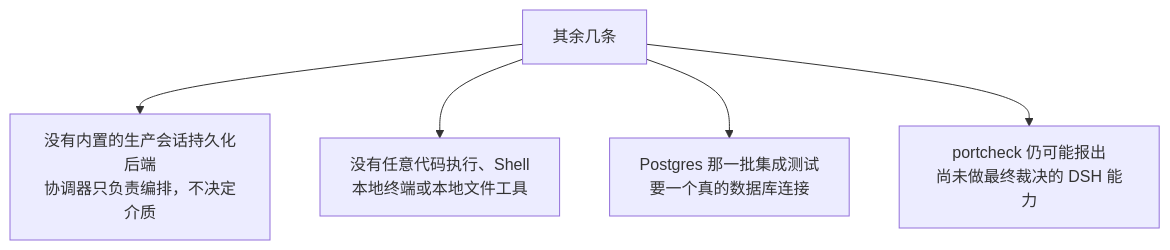
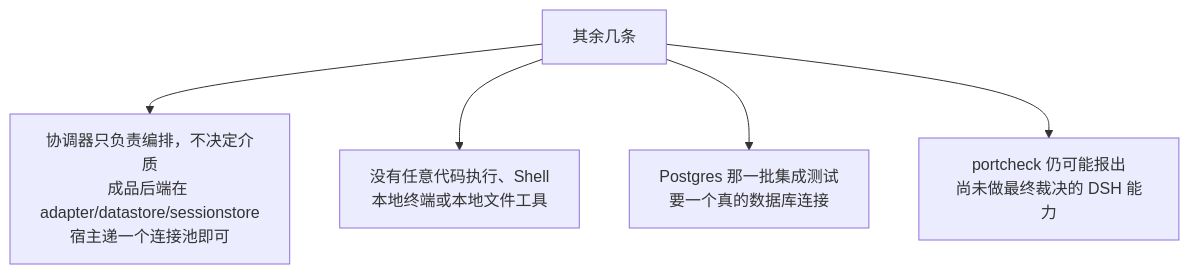
Before and after one commit to snight1983/ds-harness-go: diagram 43 of 43 in docs/embedding.md, drawn with Mermaid. The commit also changed 50 other files, not shown here.

First line of the commit message:
feat: 完善会话持久化、图片请求与工具防护

````diff
--- a/docs/embedding.md
+++ b/docs/embedding.md
@@ -434,7 +434,7 @@
 ```mermaid
 flowchart TD
-    L3["其余几条"] --> L3a["没有内置的生产会话持久化后端<br/>协调器只负责编排，不决定介质"]
+    L3["其余几条"] --> L3a["协调器只负责编排，不决定介质<br/>成品后端在 adapter/datastore/sessionstore<br/>宿主递一个连接池即可"]
     L3 --> L3b["没有任意代码执行、Shell<br/>本地终端或本地文件工具"]
     L3 --> L3c["Postgres 那一批集成测试<br/>要一个真的数据库连接"]
     L3 --> L3d["portcheck 仍可能报出<br/>尚未做最终裁决的 DSH 能力"]
 ```
````
